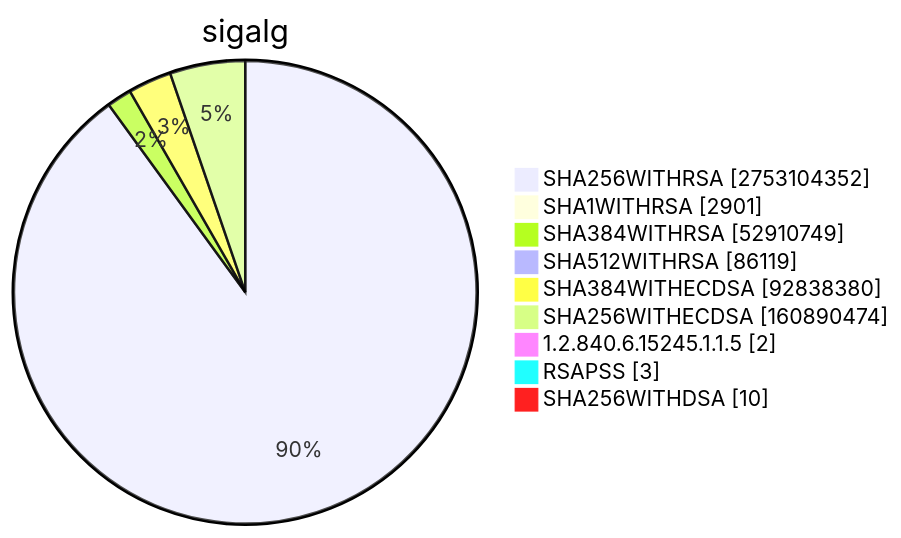
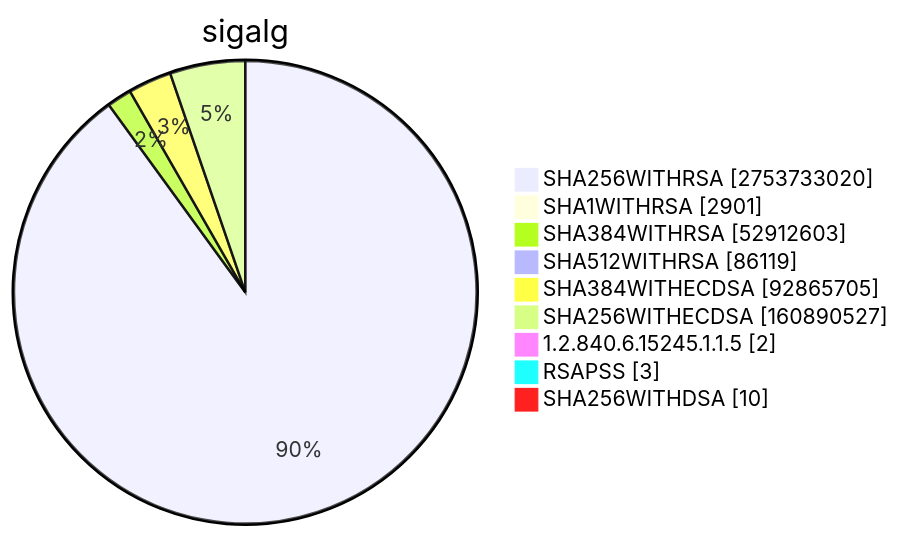
Before and after one commit to christiankrug/ctmonitor_visualization: diagram 15 of 15 in TOTAL/README.md, drawn with Mermaid. The commit also changed other lines of this file, not shown here.

````diff
--- a/TOTAL/README.md
+++ b/TOTAL/README.md
@@ -6207,13 +6207,13 @@
 ```mermaid
 pie showData
 title sigalg
-"SHA256WITHRSA" :2753104352
+"SHA256WITHRSA" :2753733020
 "SHA1WITHRSA" :2901
-"SHA384WITHRSA" :52910749
+"SHA384WITHRSA" :52912603
 "SHA512WITHRSA" :86119
-"SHA384WITHECDSA" :92838380
-"SHA256WITHECDSA" :160890474
+"SHA384WITHECDSA" :92865705
+"SHA256WITHECDSA" :160890527
 "1.2.840.6.15245.1.1.5" :2
 "RSAPSS" :3
 "SHA256WITHDSA" :10
 ```
````
